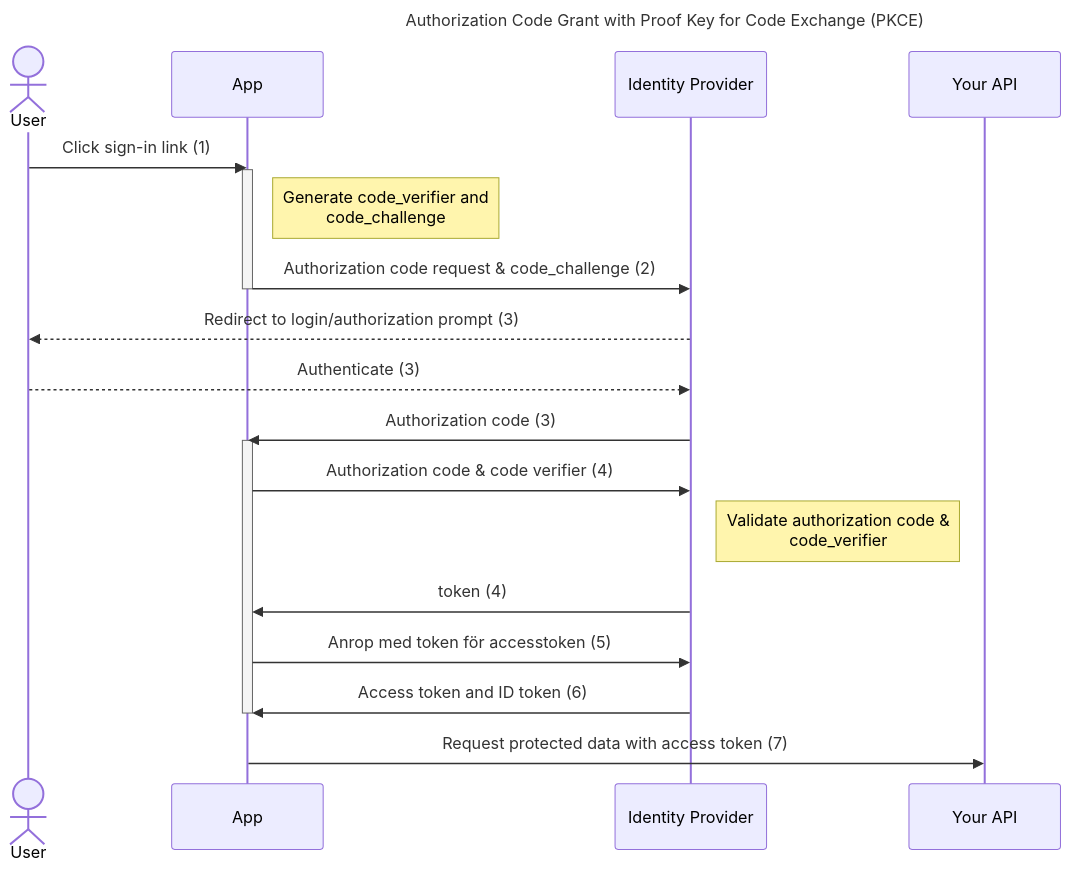
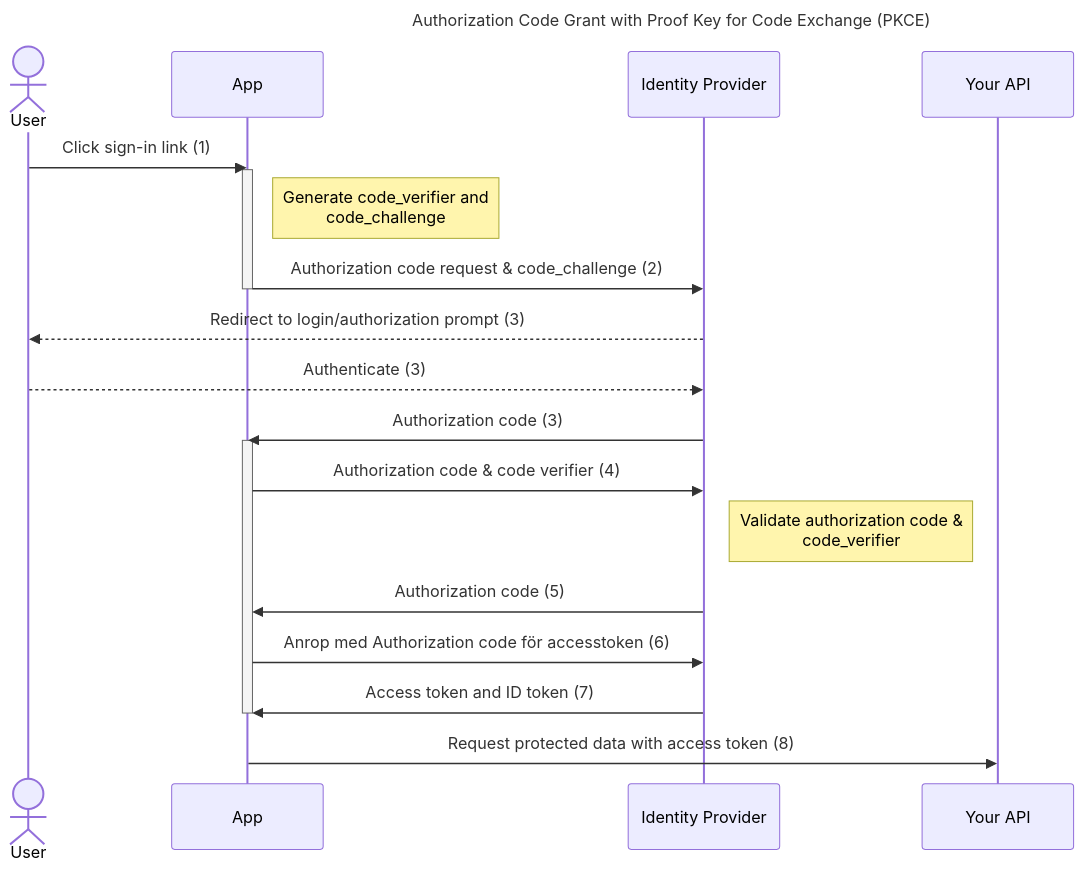
One commit to ztaff/jitsi-terraform changed the diagram in Readme.md. Above: the diagram before and after it, drawn with Mermaid.

````diff
--- a/Readme.md
+++ b/Readme.md
@@ -9,29 +9,29 @@
 ```mermaid
 ---
 title: Authorization Code Grant with Proof Key for Code Exchange (PKCE)
 ---
 sequenceDiagram
   actor User
   User->>App: Click sign-in link (1)
 
   activate App
   Note right of App: Generate code_verifier and<br/>code_challenge
   App->>Identity Provider: Authorization code request & code_challenge (2)
   deactivate App
 
   Identity Provider-->>User: Redirect to login/authorization prompt (3)
   User-->>Identity Provider: Authenticate (3)
   Identity Provider->>App: Authorization code (3)
 
   activate App
   App->>Identity Provider: Authorization code & code verifier (4)
   Note right of Identity Provider: Validate authorization code &<br/>code_verifier
 
-  Identity Provider->>App: token  (4)
-  App->>Identity Provider: Anrop med token för accesstoken (5)
+  Identity Provider->>App: Authorization code  (5)
+  App->>Identity Provider: Anrop med Authorization code för accesstoken (6)
 
-  Identity Provider->>App: Access token and ID token (6)
+  Identity Provider->>App: Access token and ID token (7)
   deactivate App
 
-  App->>Your API: Request protected data with access token (7)
+  App->>Your API: Request protected data with access token (8)
 ```
````
